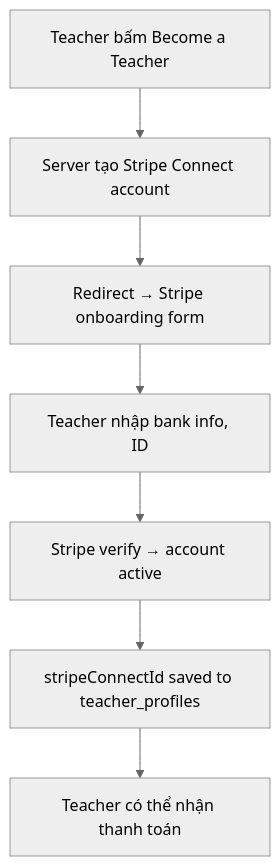
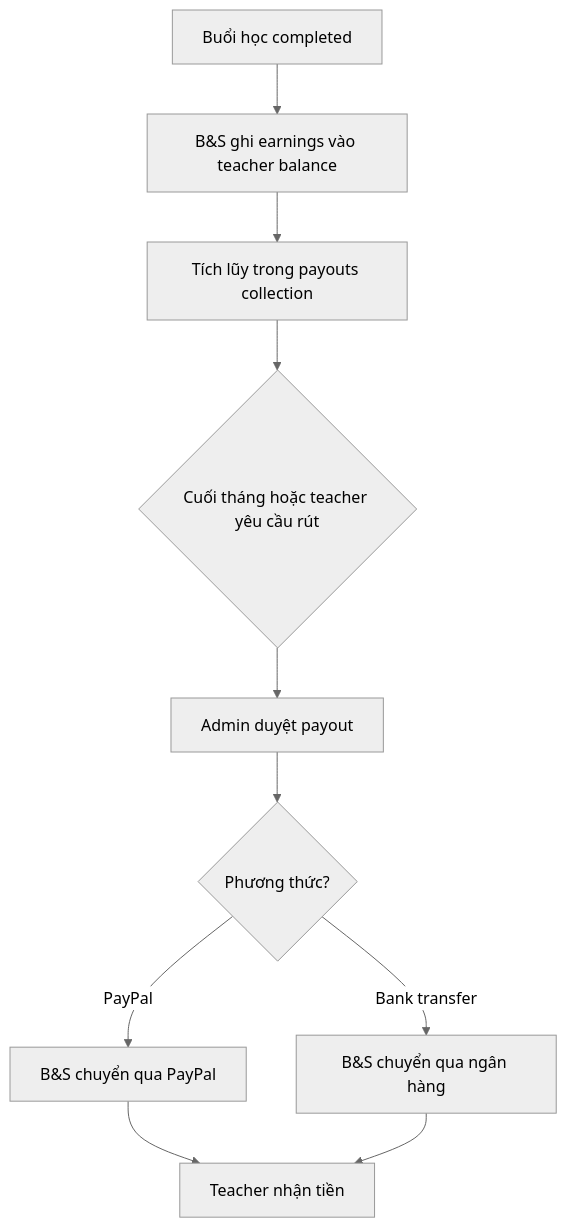
One commit to trungtrungkang/backing-score changed the second of 3 diagrams in docs/main/classroom_marketplace_system_design.md. Above: the diagram before and after it, drawn with Mermaid (neutral theme). The commit also changed other lines of this file and 2 other files, not shown here.

First line of the commit message:
docs: replace Stripe Connect with LemonSqueezy payment architecture

````diff
--- a/docs/main/classroom_marketplace_system_design.md
+++ b/docs/main/classroom_marketplace_system_design.md
@@ -491,9 +562,12 @@
 ```mermaid
 flowchart TD
-    A[Teacher bấm Become a Teacher] --> B[Server tạo Stripe Connect account]
-    B --> C[Redirect → Stripe onboarding form]
-    C --> D[Teacher nhập bank info, ID]
-    D --> E[Stripe verify → account active]
-    E --> F[stripeConnectId saved to teacher_profiles]
-    F --> G[Teacher có thể nhận thanh toán]
+    A[Buổi học completed] --> B[B&S ghi earnings vào teacher balance]
+    B --> C[Tích lũy trong payouts collection]
+    C --> D{Cuối tháng hoặc teacher yêu cầu rút}
+    D --> E[Admin duyệt payout]
+    E --> F{Phương thức?}
+    F -->|PayPal| G[B&S chuyển qua PayPal]
+    F -->|Bank transfer| H[B&S chuyển qua ngân hàng]
+    G --> I[Teacher nhận tiền]
+    H --> I
 ```
````
